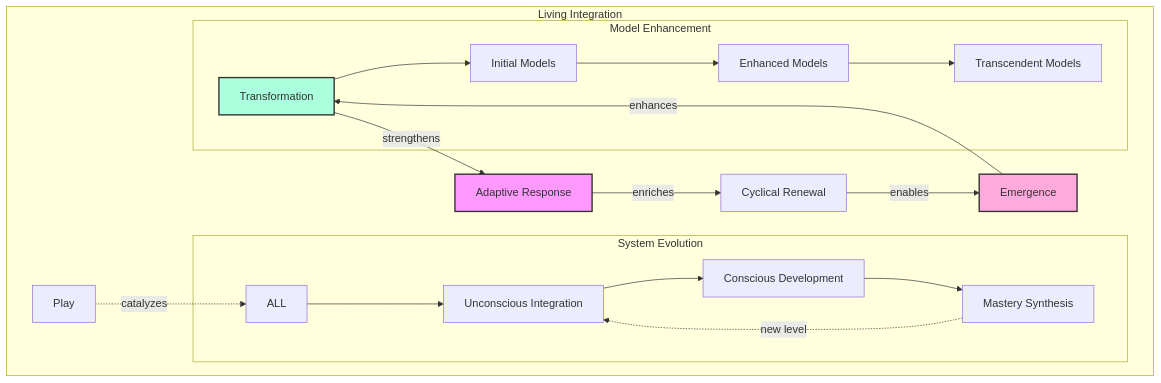
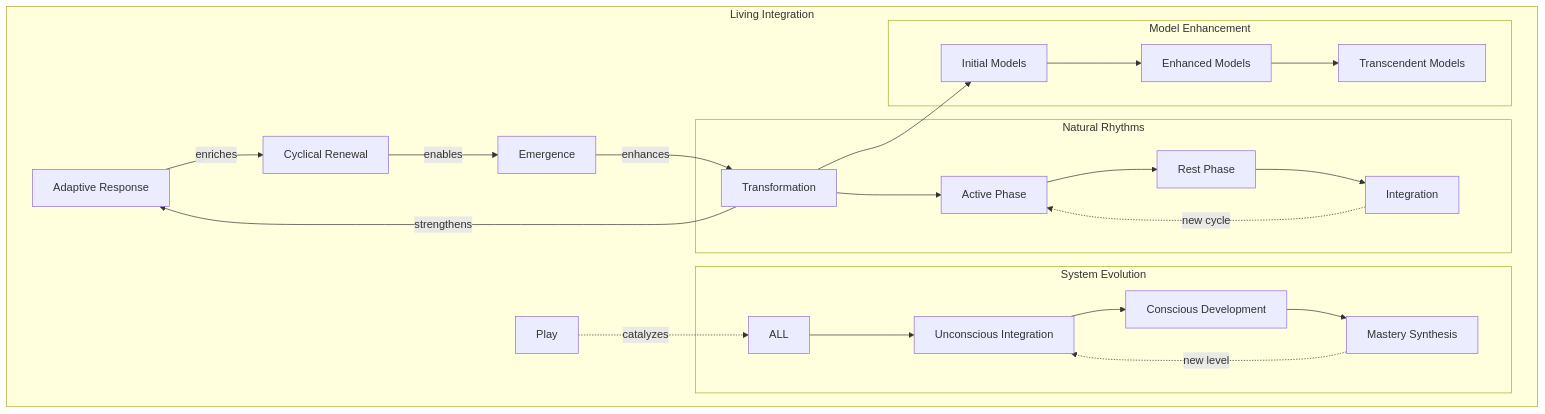
Before and after one commit to phillipclapham/neuroweaver: the tenth of 53 diagrams in README.md, drawn with Mermaid. The commit also changed other lines of this file, not shown here.

````diff
--- a/README.md
+++ b/README.md
@@ -650,28 +697,31 @@
 ```mermaid
 graph TD
     subgraph "Living Integration"
         A[Adaptive Response] -->|enriches| C[Cyclical Renewal]
         C -->|enables| E[Emergence]
         E -->|enhances| T[Transformation]
         T -->|strengthens| A
 
         Play[Play] -.->|catalyzes| ALL
 
         subgraph "System Evolution"
             ALL --> U[Unconscious Integration]
             U --> C1[Conscious Development]
             C1 --> M[Mastery Synthesis]
             M -.->|new level| U
         end
 
+        subgraph "Natural Rhythms"
+            T --> AC[Active Phase]
+            AC --> RP[Rest Phase]
+            RP --> IP[Integration]
+            IP -.->|new cycle| AC
+        end
+
         subgraph "Model Enhancement"
             T --> M1[Initial Models]
             M1 --> M2[Enhanced Models]
             M2 --> M3[Transcendent Models]
         end
     end
-
-    style A fill:#f9f,stroke:#333,stroke-width:2px
-    style E fill:#fad,stroke:#333,stroke-width:2px
-    style T fill:#afd,stroke:#333,stroke-width:2px
 ```
````
